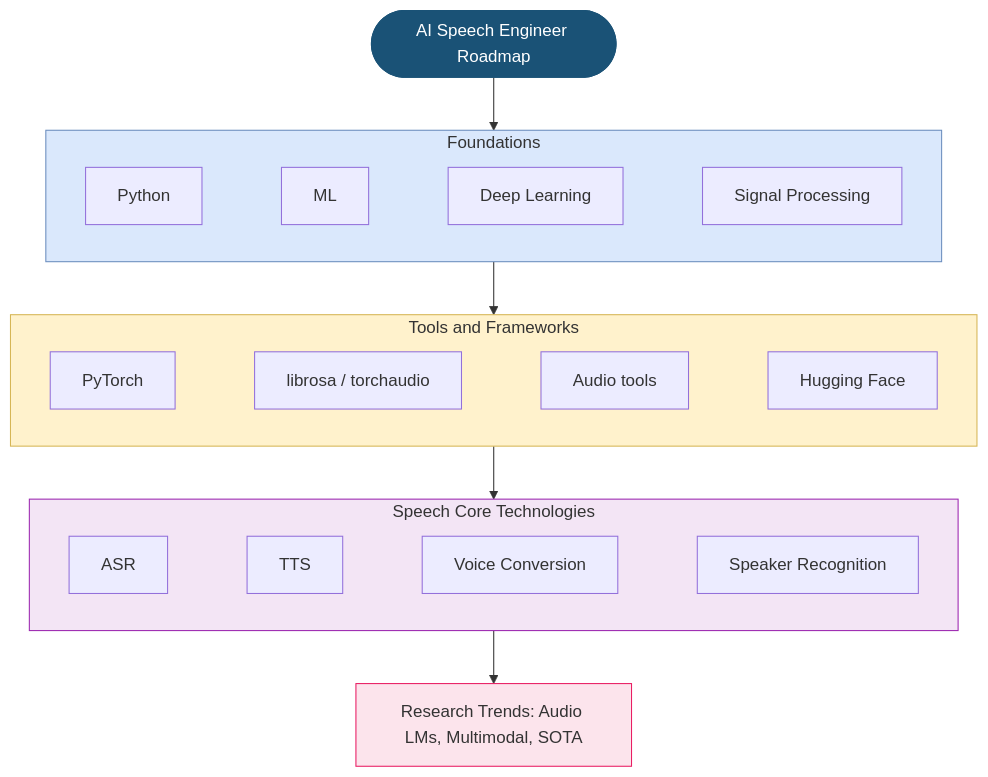
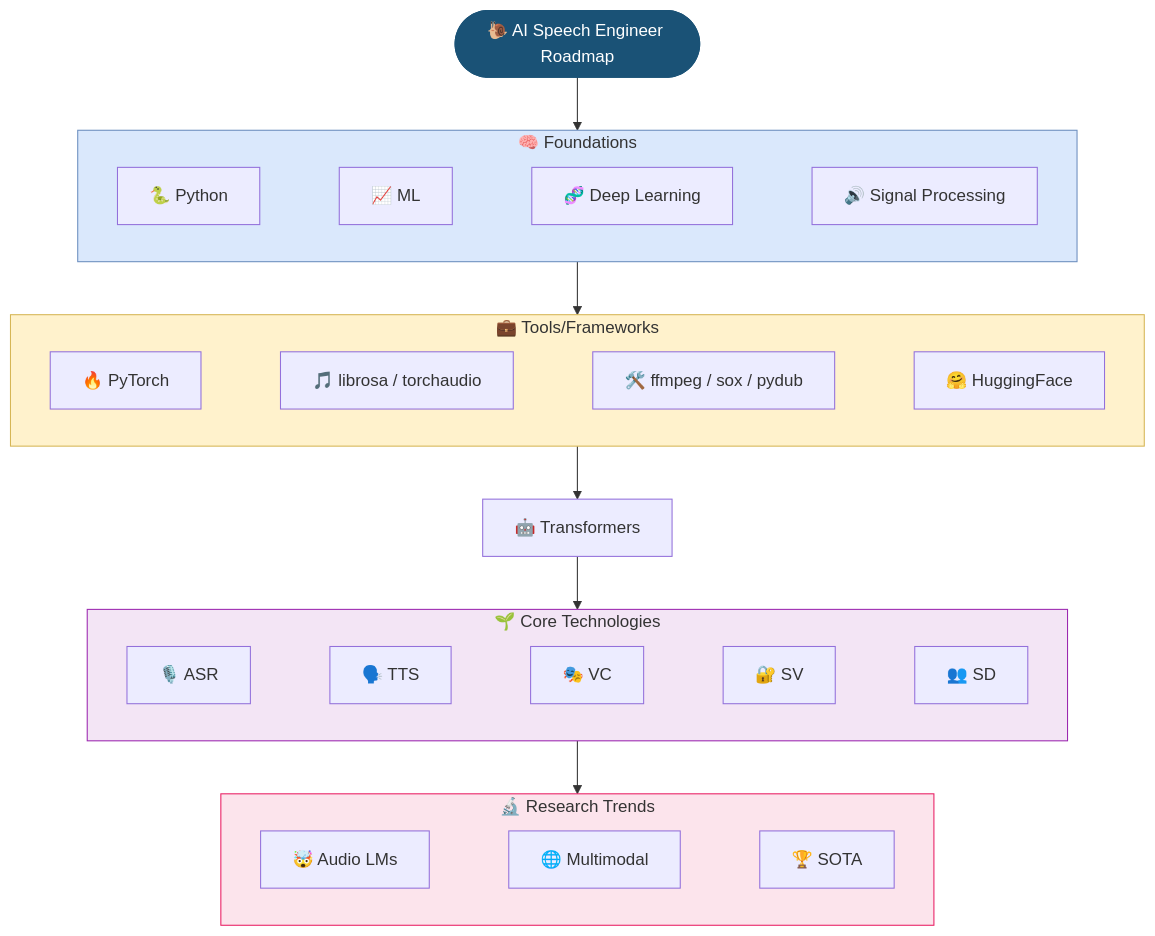
Before and after one commit to leminhnguyen/ai-speech-engineer-roadmap: the diagram in ROADMAP.md, drawn with Mermaid. The commit also changed other lines of this file and 1 other file, not shown here.

Commit message:
Enhance README and ROADMAP documentation with improved structure, additional resources, and updated content. Add badges for last commit and Python version, and refine tutorial progress tracking. Update roadmap diagram and learning phases for clarity and engagement.

````diff
--- a/ROADMAP.md
+++ b/ROADMAP.md
@@ -7,31 +15,37 @@
 ```mermaid
 flowchart TD
-    START([AI Speech Engineer Roadmap]):::title --> P1
+    START([🐌 AI Speech Engineer Roadmap]):::title --> P1
 
-    subgraph P1[Foundations]
+    subgraph P1["🧠 Foundations"]
         direction LR
-        A1[Python] ~~~ A2[ML] ~~~ A3[Deep Learning] ~~~ A4[Signal Processing]
+        A1[🐍 Python] ~~~ A2[📈 ML] ~~~ A3[🧬 Deep Learning] ~~~ A4[🔊 Signal Processing]
     end
 
     P1 --> P2
 
-    subgraph P2[Tools and Frameworks]
+    subgraph P2["💼 Tools/Frameworks"]
         direction LR
-        B1[PyTorch] ~~~ B2[librosa / torchaudio] ~~~ B3[Audio tools] ~~~ B4[Hugging Face]
+        B1[🔥 PyTorch] ~~~ B2[🎵 librosa / torchaudio] ~~~ B3[🛠️ ffmpeg / sox / pydub] ~~~ B4[🤗 HuggingFace]
     end
 
-    P2 --> P3
+    P2 --> TRANS[🤖 Transformers]
+    TRANS --> P3
 
-    subgraph P3[Speech Core Technologies]
+    subgraph P3["🌱 Core Technologies"]
         direction LR
-        C1[ASR] ~~~ C2[TTS] ~~~ C3[Voice Conversion] ~~~ C4[Speaker Recognition]
+        C1[🎙️ ASR] ~~~ C2[🗣️ TTS] ~~~ C3[🎭 VC] ~~~ C4[🔐 SV] ~~~ C5[👥 SD]
     end
 
-    P3 --> P4[Research Trends: Audio LMs, Multimodal, SOTA]
+    P3 --> P4
+
+    subgraph P4["🔬 Research Trends"]
+        direction LR
+        D1[🤯 Audio LMs] ~~~ D2[🌐 Multimodal] ~~~ D3[🏆 SOTA]
+    end
 
     classDef title fill:#1a5276,color:#fff,stroke:#1a5276,font-size:16px
     style P1 fill:#dae8fc,stroke:#6c8ebf
     style P2 fill:#fff2cc,stroke:#d6b656
     style P3 fill:#f3e5f5,stroke:#9c27b0
     style P4 fill:#fce4ec,stroke:#e91e63
 ```
````
